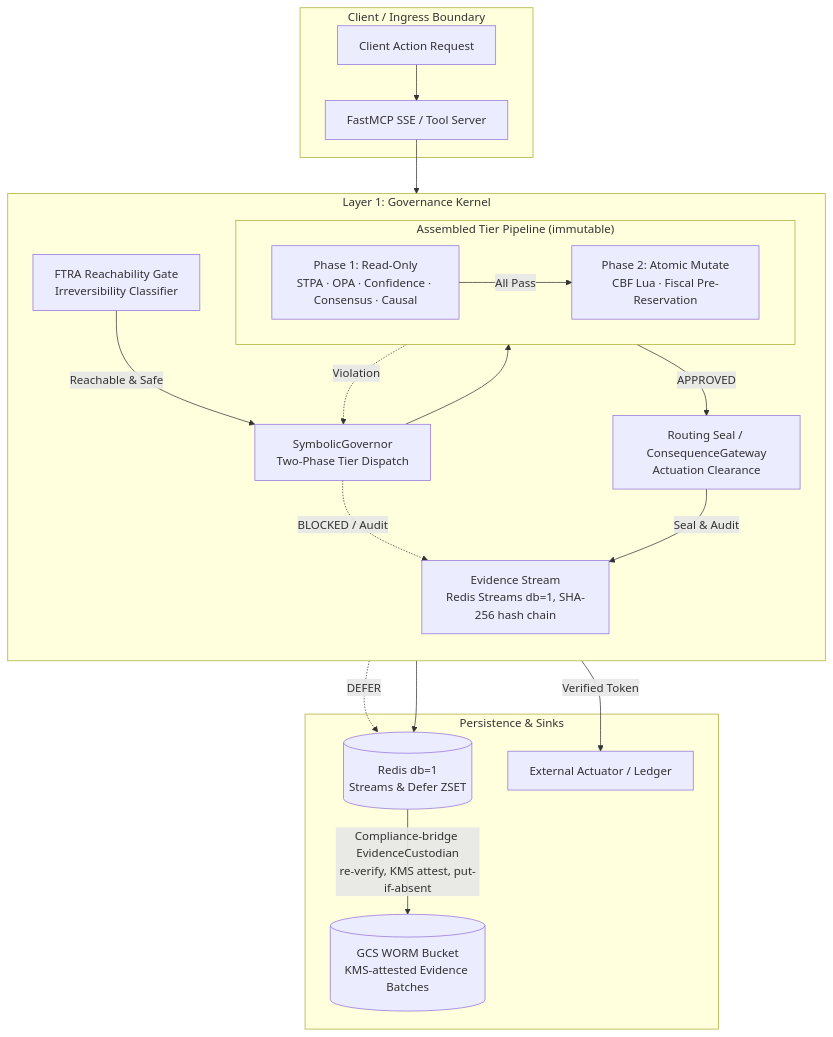
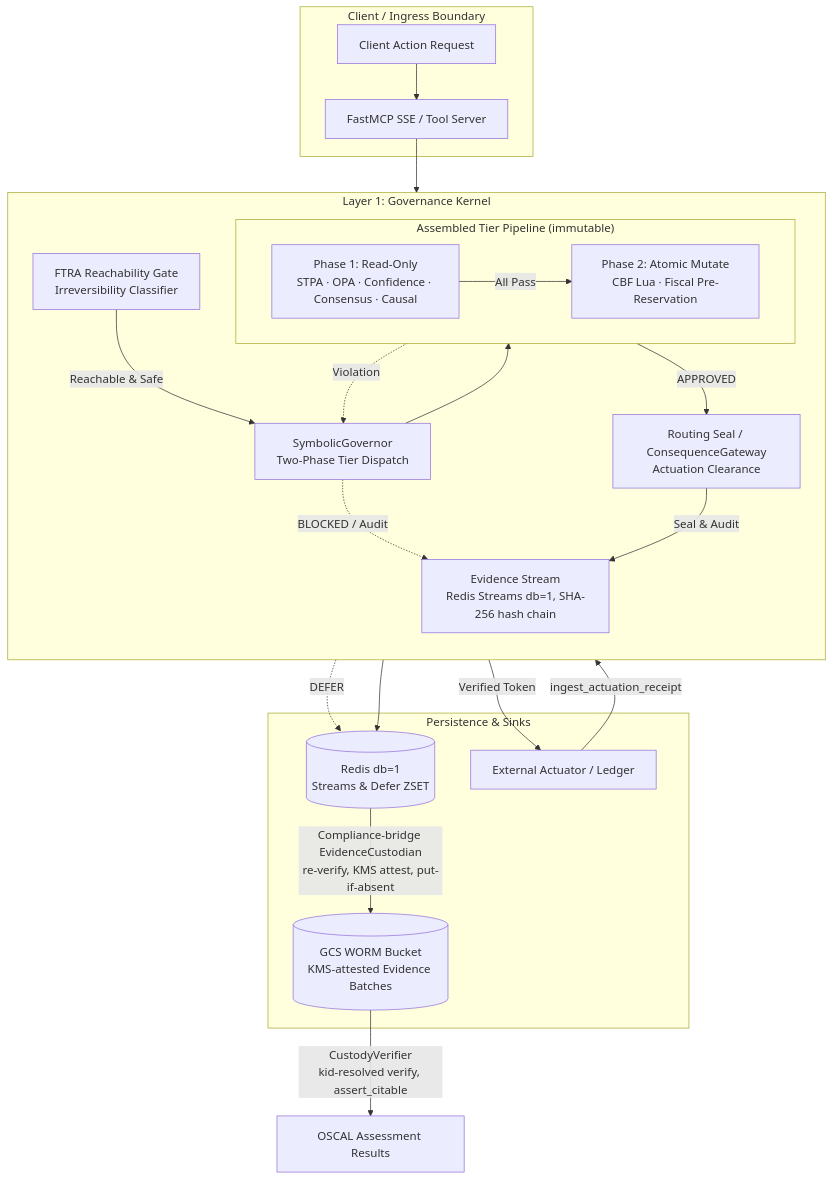
The first of 2 diagrams in docs/architecture/ARCHITECTURE.md (google/cybernetic-agent-governance-engine), drawn with Mermaid before and after one commit. The commit also changed other lines of this file and 39 other files, not shown here.

````diff
--- a/docs/architecture/ARCHITECTURE.md
+++ b/docs/architecture/ARCHITECTURE.md
@@ -78,42 +78,44 @@
 ```mermaid
 graph TB
     subgraph INGRESS["Client / Ingress Boundary"]
         REQ[Client Action Request]
         MCP[FastMCP SSE / Tool Server]
     end
 
     subgraph KERNEL["Layer 1: Governance Kernel"]
         direction TB
         FTRA["FTRA Reachability Gate<br/>Irreversibility Classifier"]
         SYM["SymbolicGovernor<br/>Two-Phase Tier Dispatch"]
 
         subgraph TIERS["Assembled Tier Pipeline (immutable)"]
             direction LR
             P1["Phase 1: Read-Only<br/>STPA · OPA · Confidence · Consensus · Causal"]
             P2["Phase 2: Atomic Mutate<br/>CBF Lua · Fiscal Pre-Reservation"]
             P1 -->|All Pass| P2
         end
 
         CQG["Routing Seal / ConsequenceGateway<br/>Actuation Clearance"]
         EVID["Evidence Stream<br/>Redis Streams db=1, SHA-256 hash chain"]
     end
 
     subgraph STORAGE["Persistence & Sinks"]
         R_HOT[(Redis db=1<br/>Streams & Defer ZSET)]
         CH_COLD[(GCS WORM Bucket<br/>KMS-attested Evidence Batches)]
         ACTUATOR["External Actuator / Ledger"]
     end
 
     REQ --> MCP
     MCP --> FTRA
     FTRA -->|Reachable & Safe| SYM
     SYM --> TIERS
     TIERS -->|APPROVED| CQG
     TIERS -.->|Violation| SYM
     SYM -.->|DEFER| R_HOT
     SYM -.->|BLOCKED / Audit| EVID
     CQG -->|Verified Token| ACTUATOR
     CQG -->|Seal & Audit| EVID
+    ACTUATOR -->|ingest_actuation_receipt| EVID
     EVID --> R_HOT
     R_HOT -->|Compliance-bridge EvidenceCustodian<br/>re-verify, KMS attest, put-if-absent| CH_COLD
+    CH_COLD -->|CustodyVerifier<br/>kid-resolved verify, assert_citable| OSCAL_CITE[OSCAL Assessment Results]
 ```
````
